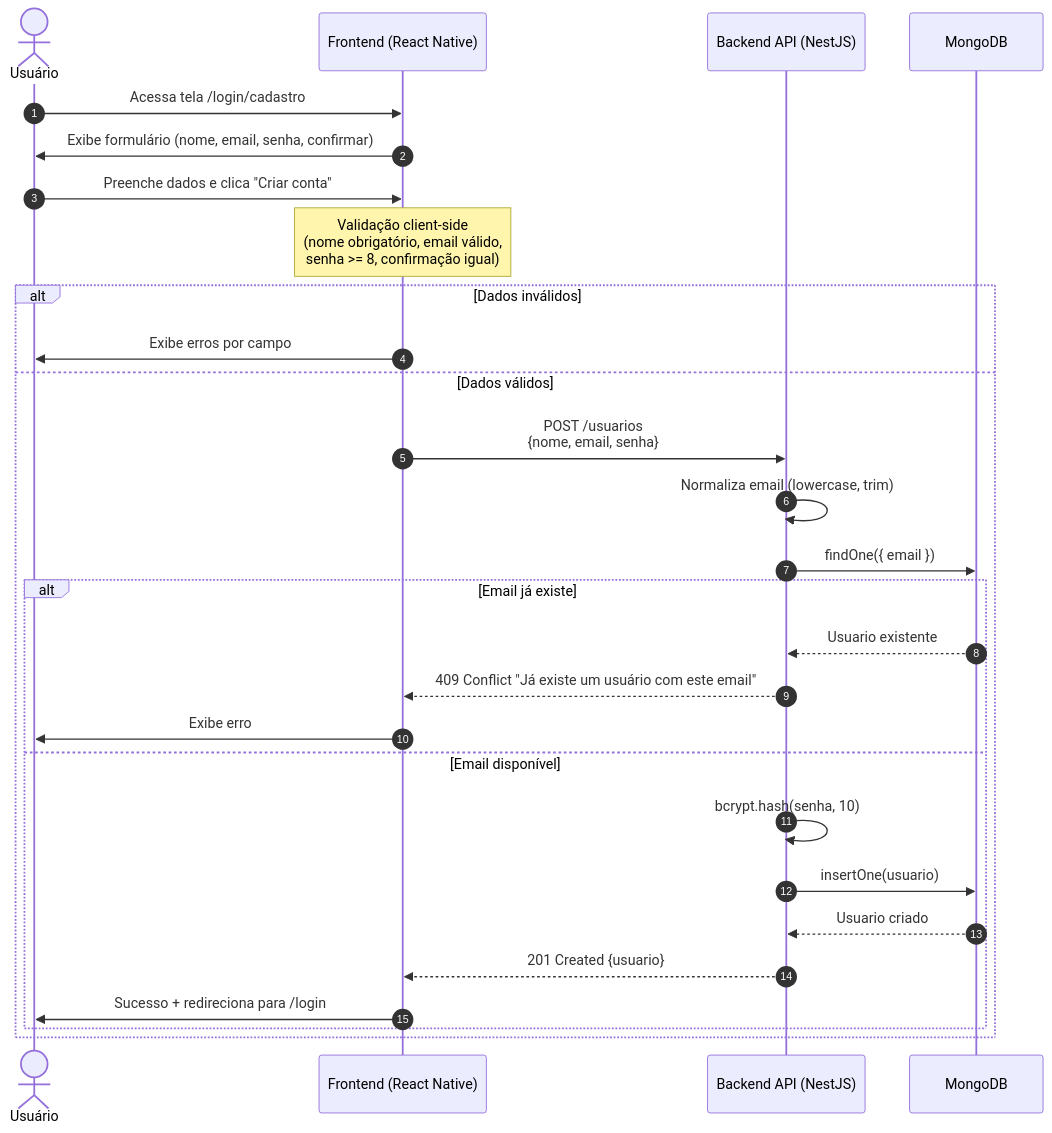
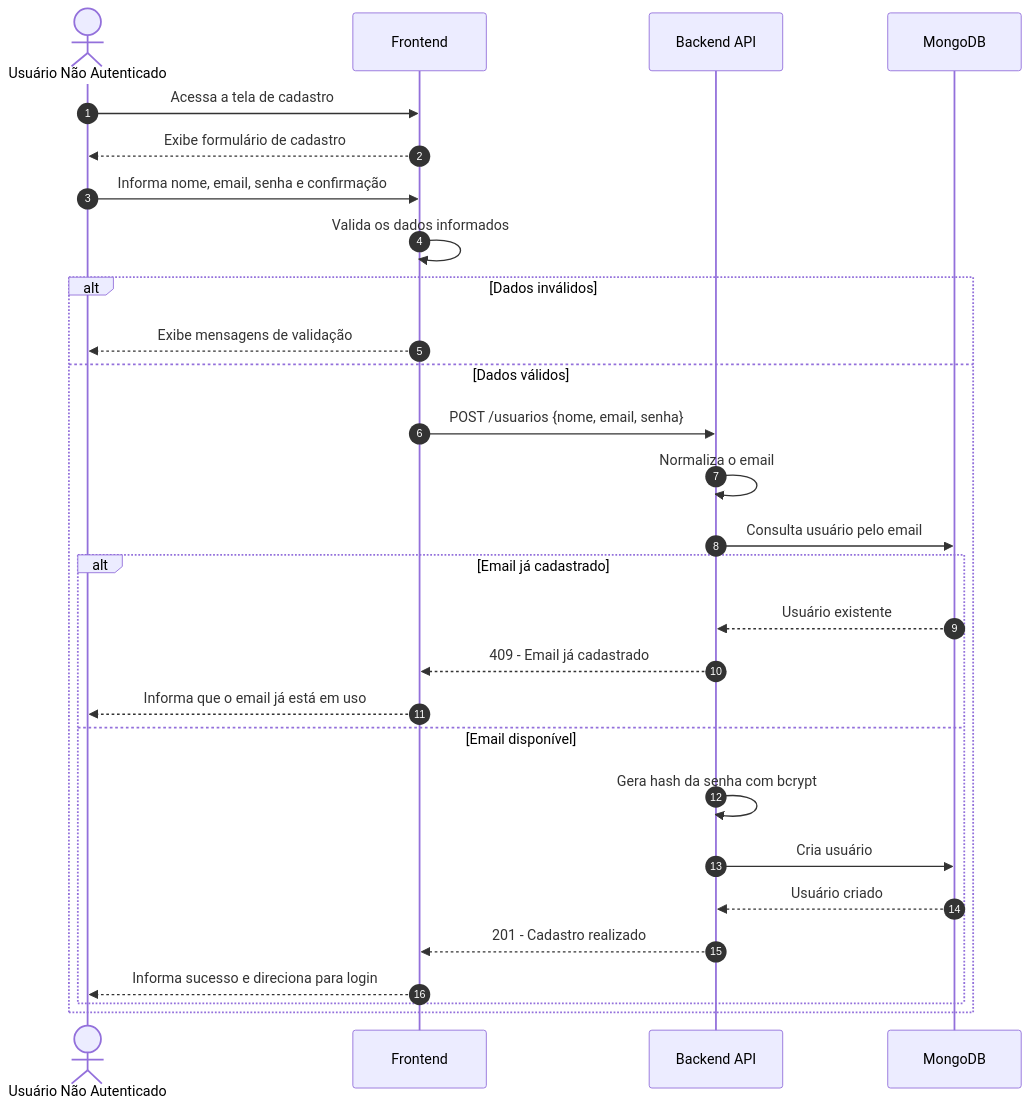
Before and after one commit to MrLucasMoreira/PDSI-Conecta-: the first of 9 diagrams in docs/cadastro-usuario/6 - diagramas-sequencia-cadastro-usuario.md, drawn with Mermaid. The commit also changed other lines of this file and 7 other files, not shown here.

Commit message:
fix: Resumo nos arquivos de docs, da pasta cadastro-usuario

````diff
--- a/docs/cadastro-usuario/6 - diagramas-sequencia-cadastro-usuario.md
+++ b/docs/cadastro-usuario/6 - diagramas-sequencia-cadastro-usuario.md
@@ -27,33 +28,36 @@
 ```mermaid
 sequenceDiagram
     autonumber
-    actor Usuario as Usuário
-    participant Frontend as Frontend (React Native)
-    participant API as Backend API (NestJS)
+
+    actor Usuario as Usuário Não Autenticado
+    participant Frontend as Frontend
+    participant API as Backend API
     participant DB as MongoDB
 
-    Usuario->>Frontend: Acessa tela /login/cadastro
-    Frontend->>Usuario: Exibe formulário (nome, email, senha, confirmar)
-    Usuario->>Frontend: Preenche dados e clica "Criar conta"
-    
-    Note over Frontend: Validação client-side<br/>(nome obrigatório, email válido,<br/>senha >= 8, confirmação igual)
-    
+    Usuario->>Frontend: Acessa a tela de cadastro
+    Frontend-->>Usuario: Exibe formulário de cadastro
+
+    Usuario->>Frontend: Informa nome, email, senha e confirmação
+
+    Frontend->>Frontend: Valida os dados informados
+
     alt Dados inválidos
-        Frontend->>Usuario: Exibe erros por campo
+        Frontend-->>Usuario: Exibe mensagens de validação
     else Dados válidos
-        Frontend->>API: POST /usuarios<br/>{nome, email, senha}
-        API->>API: Normaliza email (lowercase, trim)
-        API->>DB: findOne({ email })
-        alt Email já existe
-            DB-->>API: Usuario existente
-            API-->>Frontend: 409 Conflict "Já existe um usuário com este email"
-            Frontend->>Usuario: Exibe erro
+        Frontend->>API: POST /usuarios {nome, email, senha}
+        API->>API: Normaliza o email
+        API->>DB: Consulta usuário pelo email
+
+        alt Email já cadastrado
+            DB-->>API: Usuário existente
+            API-->>Frontend: 409 - Email já cadastrado
+            Frontend-->>Usuario: Informa que o email já está em uso
         else Email disponível
-            API->>API: bcrypt.hash(senha, 10)
-            API->>DB: insertOne(usuario)
-            DB-->>API: Usuario criado
-            API-->>Frontend: 201 Created {usuario}
-            Frontend->>Usuario: Sucesso + redireciona para /login
+            API->>API: Gera hash da senha com bcrypt
+            API->>DB: Cria usuário
+            DB-->>API: Usuário criado
+            API-->>Frontend: 201 - Cadastro realizado
+            Frontend-->>Usuario: Informa sucesso e direciona para login
         end
     end
 ```
````
